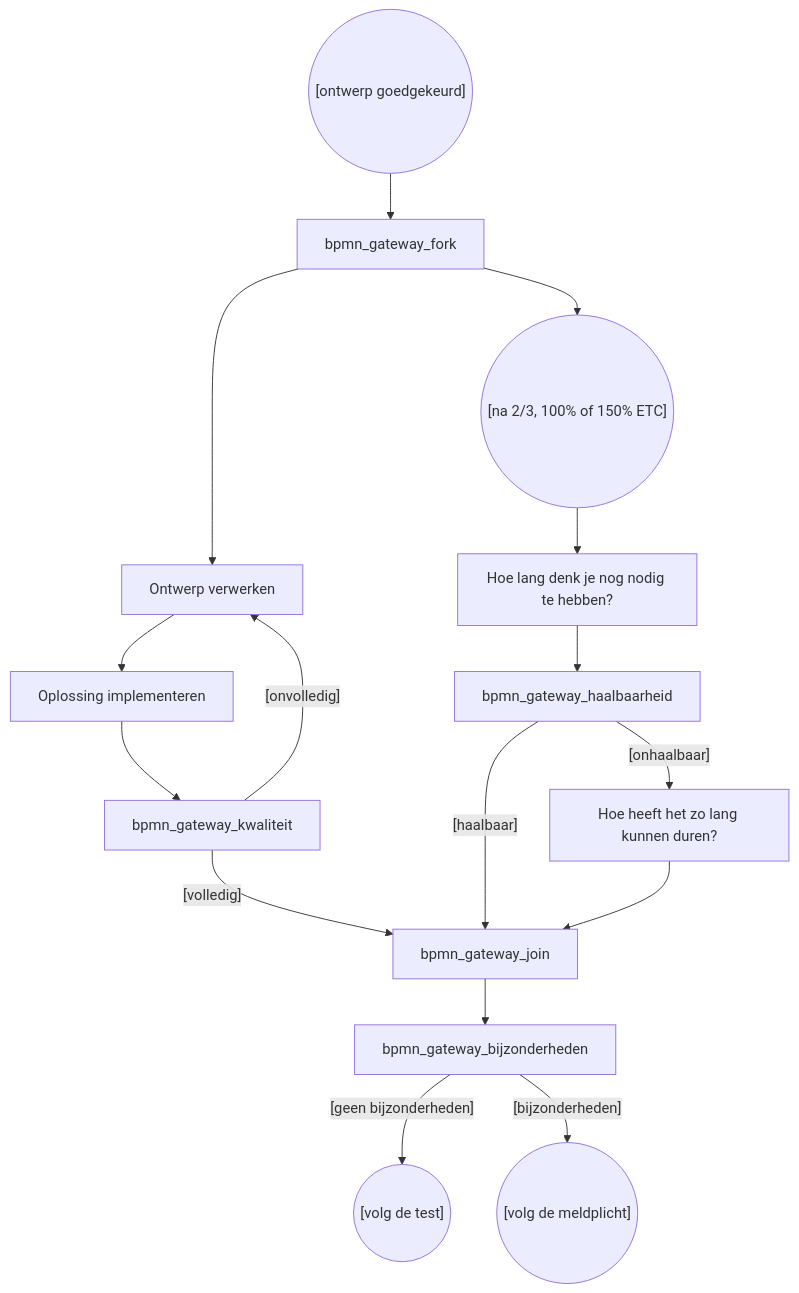
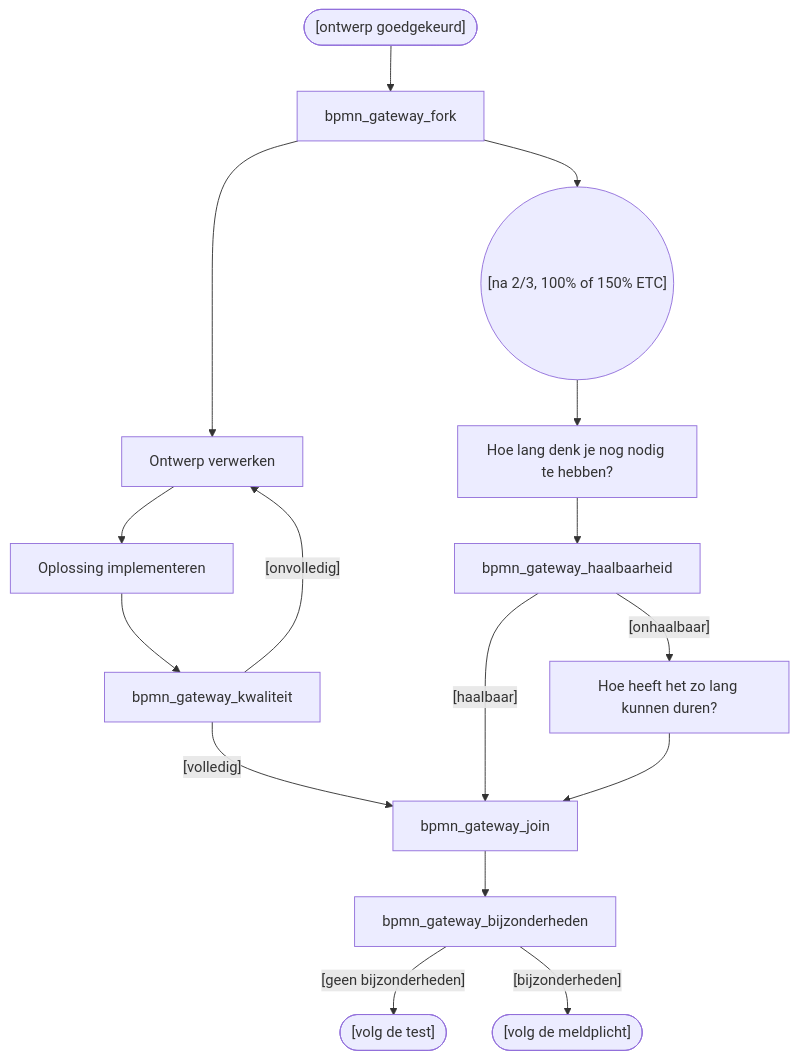
One commit to Zaibatsu89/IssueTracker changed the diagram in 7 Issue Tracker implementatie.mermaid. Above: the diagram before and after it, drawn with Mermaid. The commit also changed 12 other files, not shown here.

Commit message:
Added support for both BPMN and standard flowchart shapes

```diff
--- a/7 Issue Tracker implementatie.mermaid
+++ b/7 Issue Tracker implementatie.mermaid
@@ -1,24 +1,24 @@
-graph TD
-    bpmn_start_event(("[ontwerp goedgekeurd]"))
+flowchart TD
+    bpmn_start_event(["[ontwerp goedgekeurd]"])
     bpmn_task_intake["Ontwerp verwerken"]
     bpmn_task_oplossing["Oplossing implementeren"]
     bpmn_event_etc(("[na 2/3, 100% of 150% ETC]"))
     bpmn_task_inschatting["Hoe lang denk je nog nodig te hebben?"]
     bpmn_task_verantwoording["Hoe heeft het zo lang kunnen duren?"]
-    bpmn_end_regulier(("[volg de test]"))
-    bpmn_end_bijzonderheden(("[volg de meldplicht]"))
+    bpmn_end_regulier(["[volg de test]"])
+    bpmn_end_bijzonderheden(["[volg de meldplicht]"])
     bpmn_gateway_kwaliteit -->|"[onvolledig]"| bpmn_task_intake
     bpmn_gateway_kwaliteit -->|"[volledig]"| bpmn_gateway_join
     bpmn_gateway_haalbaarheid -->|"[haalbaar]"| bpmn_gateway_join
     bpmn_gateway_haalbaarheid -->|"[onhaalbaar]"| bpmn_task_verantwoording
     bpmn_gateway_bijzonderheden -->|"[geen bijzonderheden]"| bpmn_end_regulier
     bpmn_gateway_bijzonderheden -->|"[bijzonderheden]"| bpmn_end_bijzonderheden
     bpmn_start_event --> bpmn_gateway_fork
     bpmn_gateway_fork --> bpmn_task_intake
     bpmn_gateway_fork --> bpmn_event_etc
     bpmn_task_intake --> bpmn_task_oplossing
     bpmn_task_oplossing --> bpmn_gateway_kwaliteit
     bpmn_event_etc --> bpmn_task_inschatting
     bpmn_task_inschatting --> bpmn_gateway_haalbaarheid
     bpmn_task_verantwoording --> bpmn_gateway_join
     bpmn_gateway_join --> bpmn_gateway_bijzonderheden
```
